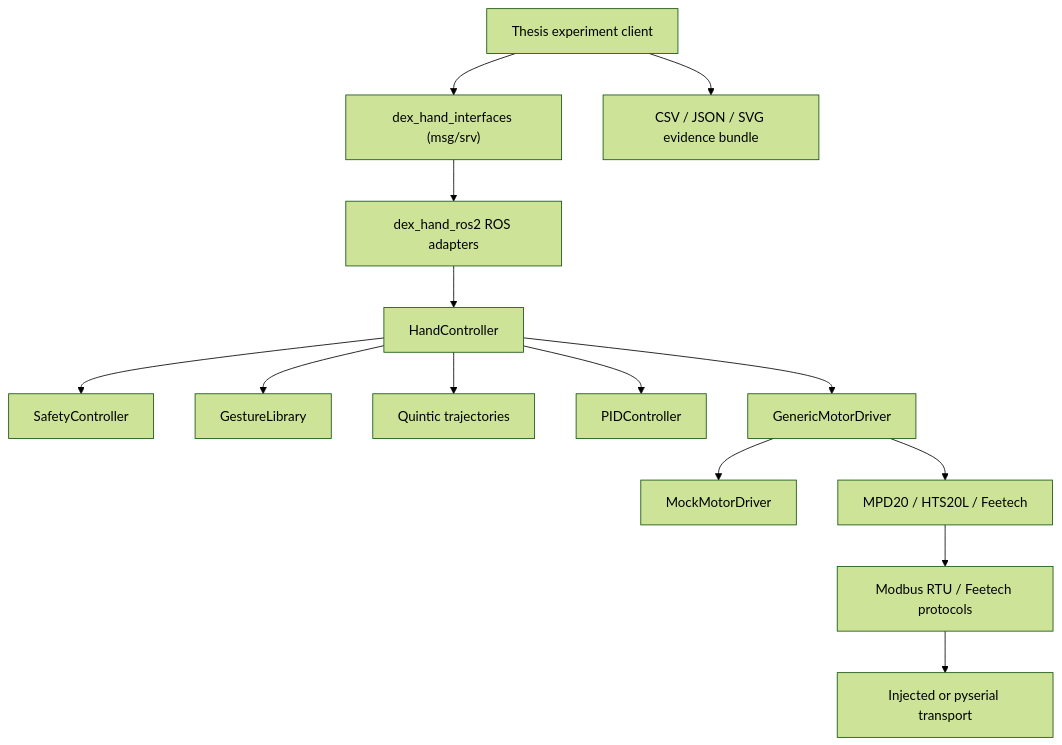
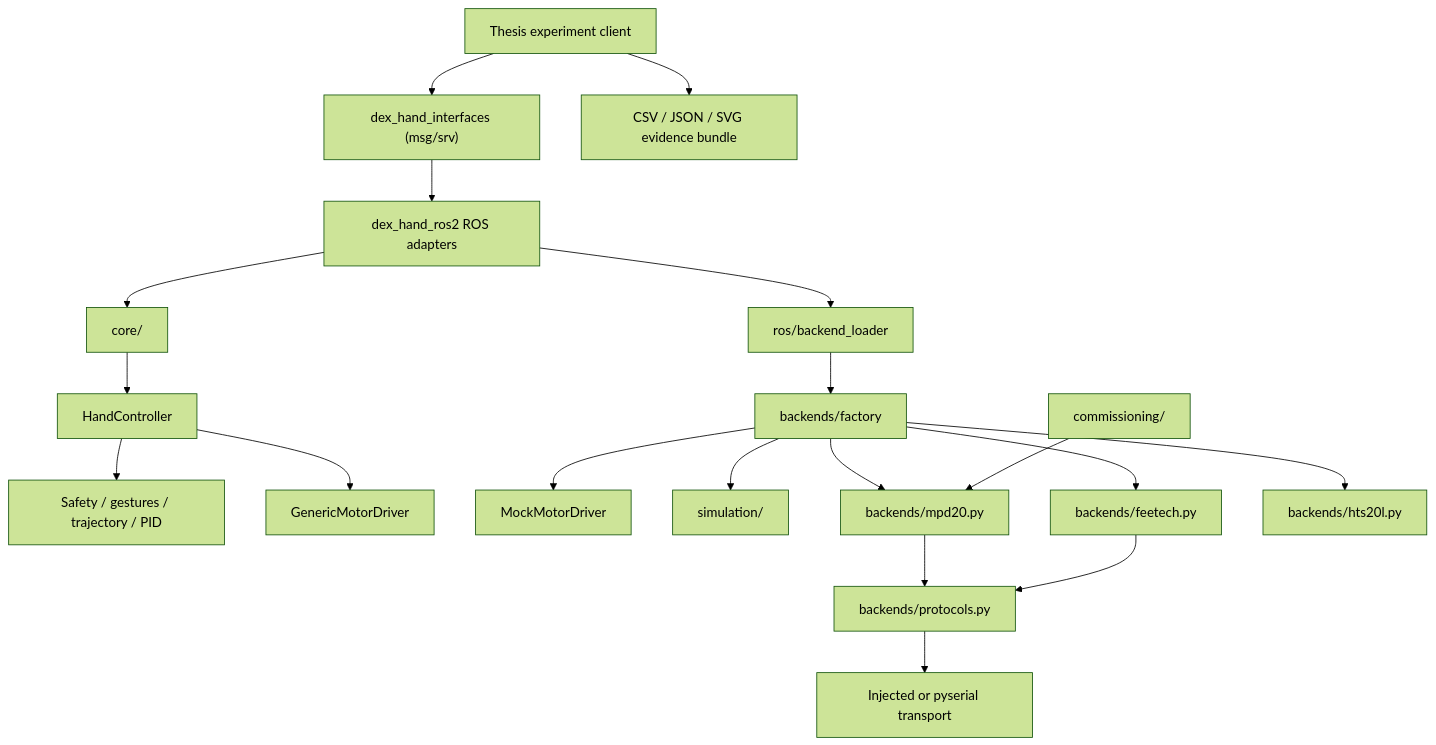
The first of 5 diagrams in docs/CURRENT_ARCHITECTURE.md (yuanl0701-hub/dex_hand_ros2), drawn with Mermaid (forest theme) before and after one commit. The commit also changed other lines of this file and 85 other files, not shown here.

````diff
--- a/docs/CURRENT_ARCHITECTURE.md
+++ b/docs/CURRENT_ARCHITECTURE.md
@@ -5,16 +5,21 @@
 ```mermaid
 flowchart TB
   Interfaces["dex_hand_interfaces (msg/srv)"] --> ROS["dex_hand_ros2 ROS adapters"]
-  ROS --> Controller["HandController"]
-  Controller --> Safety["SafetyController"]
-  Controller --> Gestures["GestureLibrary"]
-  Controller --> Trajectory["Quintic trajectories"]
-  Controller --> PID["PIDController"]
+  ROS --> Loader["ros/backend_loader"]
+  ROS --> Core["core/"]
+  Core --> Controller["HandController"]
+  Controller --> Safety["Safety / gestures / trajectory / PID"]
   Controller --> Driver["GenericMotorDriver"]
-  Driver --> Mock["MockMotorDriver"]
-  Driver --> Real["MPD20 / HTS20L / Feetech"]
-  Real --> Protocols["Modbus RTU / Feetech protocols"]
+  Loader --> Factory["backends/factory"]
+  Factory --> Mock["MockMotorDriver"]
+  Factory --> Sim["simulation/"]
+  Factory --> MPD20["backends/mpd20.py"]
+  Factory --> Feetech["backends/feetech.py"]
+  Factory --> HTS["backends/hts20l.py"]
+  MPD20 --> Protocols["backends/protocols.py"]
+  Feetech --> Protocols
   Protocols --> Serial["Injected or pyserial transport"]
+  Commission["commissioning/"] --> MPD20
   Experiment["Thesis experiment client"] --> Interfaces
   Experiment --> Evidence["CSV / JSON / SVG evidence bundle"]
 ```
````
